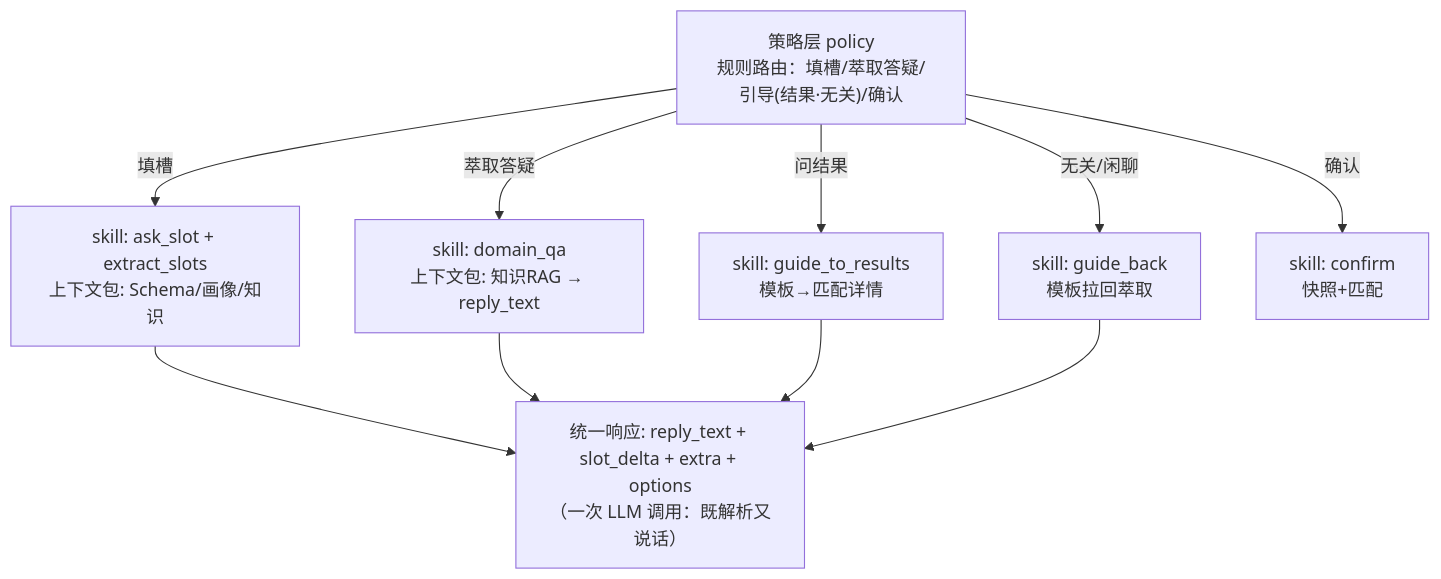
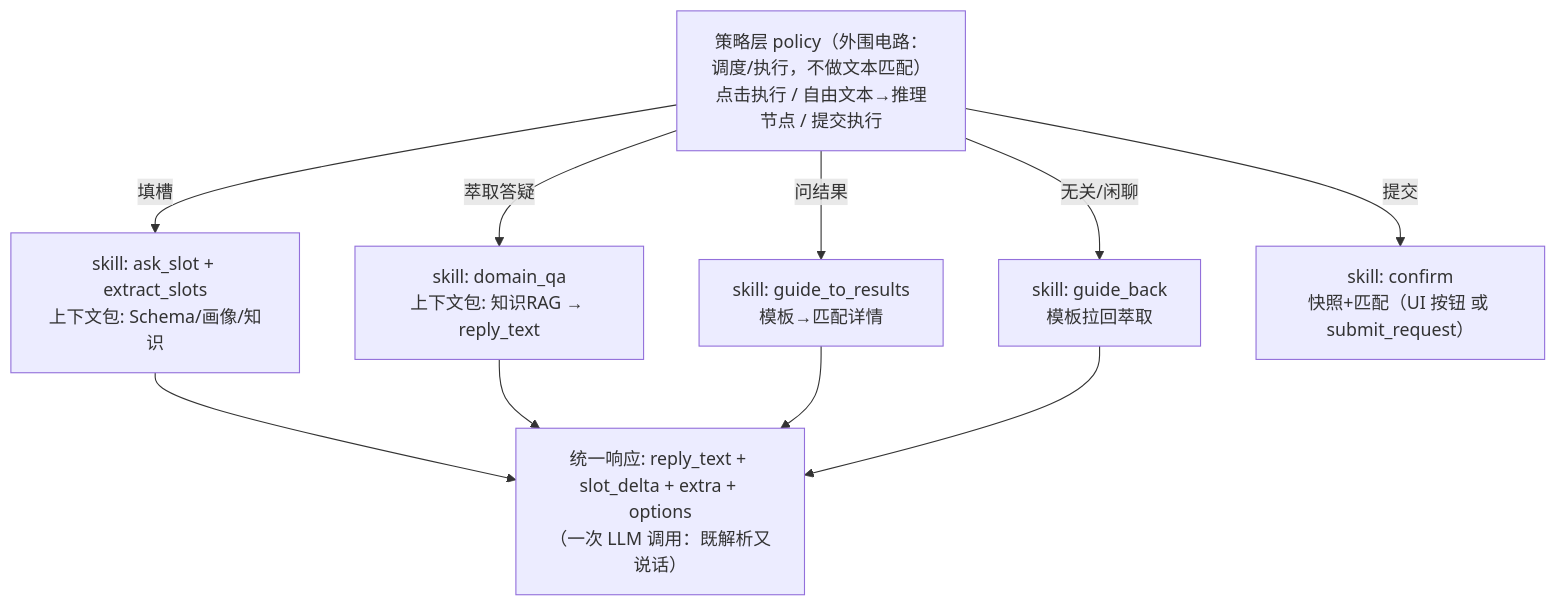
The second of 2 diagrams in doc/系统/代理设计v2大纲.md (ivgotcrazy/xmsn-demo), drawn with Mermaid before and after one commit. The commit also changed other lines of this file and 13 other files, not shown here.

````diff
--- a/doc/系统/代理设计v2大纲.md
+++ b/doc/系统/代理设计v2大纲.md
@@ -218,13 +218,13 @@
 ```mermaid
 graph TD
-    P["策略层 policy<br/>规则路由：填槽/萃取答疑/引导(结果·无关)/确认"]
+    P["策略层 policy（外围电路：调度/执行，不做文本匹配）<br/>点击执行 / 自由文本→推理节点 / 提交执行"]
     P -->|填槽| S1["skill: ask_slot + extract_slots<br/>上下文包: Schema/画像/知识"]
     P -->|萃取答疑| S2["skill: domain_qa<br/>上下文包: 知识RAG → reply_text"]
     P -->|问结果| S3["skill: guide_to_results<br/>模板→匹配详情"]
     P -->|无关/闲聊| S4["skill: guide_back<br/>模板拉回萃取"]
-    P -->|确认| S5["skill: confirm<br/>快照+匹配"]
+    P -->|提交| S5["skill: confirm<br/>快照+匹配（UI 按钮 或 submit_request）"]
     S1 --> R["统一响应: reply_text + slot_delta + extra + options<br/>（一次 LLM 调用：既解析又说话）"]
     S2 --> R
     S3 --> R
     S4 --> R
 ```
````
